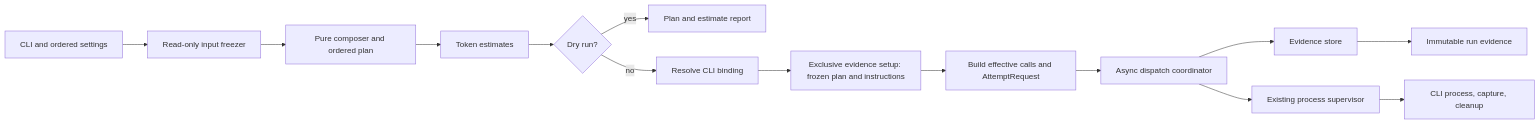
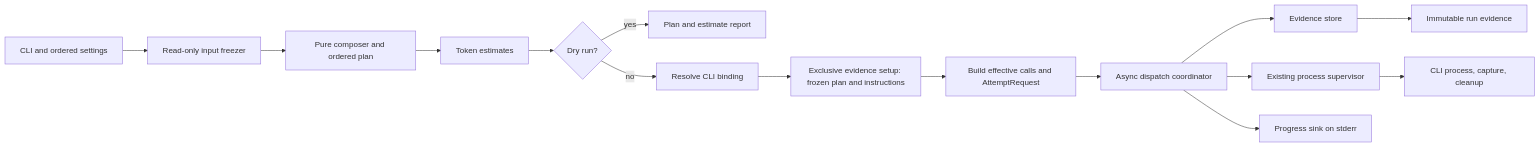
The first of 2 diagrams in doc/feat/reviewer/engineering/evaluation/evaluation-harness/architecture.md (msitarz/ataraxia), drawn with Mermaid before and after one commit. The commit also changed other lines of this file and 10 other files, not shown here.

````diff
--- a/doc/feat/reviewer/engineering/evaluation/evaluation-harness/architecture.md
+++ b/doc/feat/reviewer/engineering/evaluation/evaluation-harness/architecture.md
@@ -568,16 +622,17 @@
 ```mermaid
 flowchart LR
     CLI[CLI and ordered settings] --> PREP[Read-only input freezer]
     PREP --> PLAN[Pure composer and ordered plan]
     PLAN --> EST[Token estimates]
     EST --> DRY{Dry run?}
     DRY -->|yes| REPORT[Plan and estimate report]
     DRY -->|no| BIND[Resolve CLI binding]
     BIND --> INIT[Exclusive evidence setup: frozen plan and instructions]
     INIT --> REQUEST[Build effective calls and AttemptRequest]
     REQUEST --> COORD[Async dispatch coordinator]
     COORD --> STORE[Evidence store]
     COORD --> SUP[Existing process supervisor]
+    COORD --> PROGRESS[Progress sink on stderr]
     SUP --> OS[CLI process, capture, cleanup]
     STORE --> RUN[Immutable run evidence]
 ```
````
